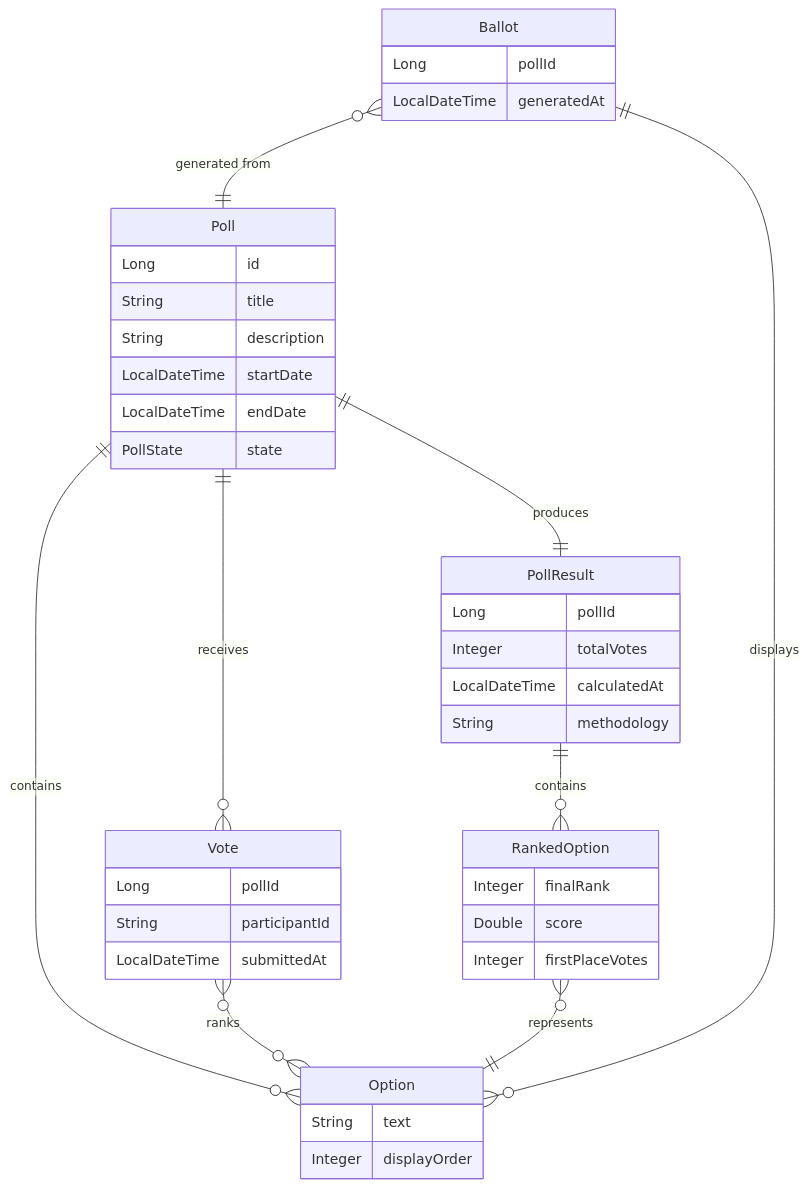
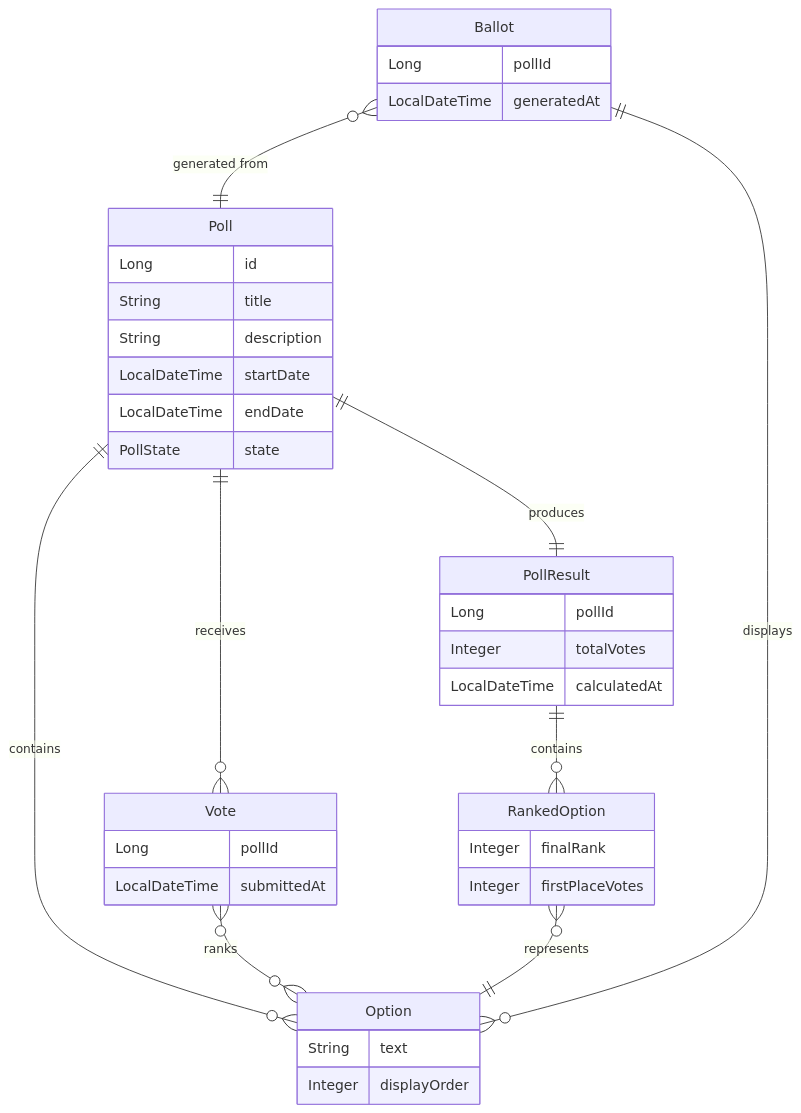
Before and after one commit to Tonypsilon/rankify-api: the diagram in businessModel.md, drawn with Mermaid. The commit also changed other lines of this file, not shown here.

Commit message:
Update business model based on feedback: remove participant tracking, add RankedOption section, remove score and methodology

````diff
--- a/businessModel.md
+++ b/businessModel.md
@@ -129,49 +137,46 @@
 ```mermaid
 erDiagram
     Poll {
         Long id
         String title
         String description
         LocalDateTime startDate
         LocalDateTime endDate
         PollState state
     }
     
     Option {
         String text
         Integer displayOrder
     }
     
     Ballot {
         Long pollId
         LocalDateTime generatedAt
     }
     
     Vote {
         Long pollId
-        String participantId
         LocalDateTime submittedAt
     }
     
     PollResult {
         Long pollId
         Integer totalVotes
         LocalDateTime calculatedAt
-        String methodology
     }
     
     RankedOption {
         Integer finalRank
-        Double score
         Integer firstPlaceVotes
     }
     
     Poll ||--o{ Option : "contains"
     Poll ||--o{ Vote : "receives"
     Poll ||--|| PollResult : "produces"
     Ballot }o--|| Poll : "generated from"
     Ballot ||--o{ Option : "displays"
     Vote }o--o{ Option : "ranks"
     PollResult ||--o{ RankedOption : "contains"
     RankedOption }o--|| Option : "represents"
 ```
````
